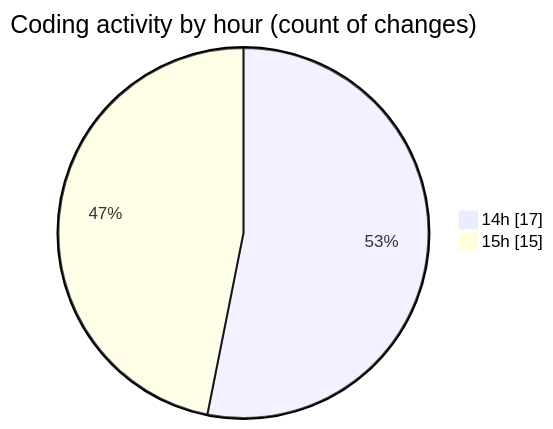
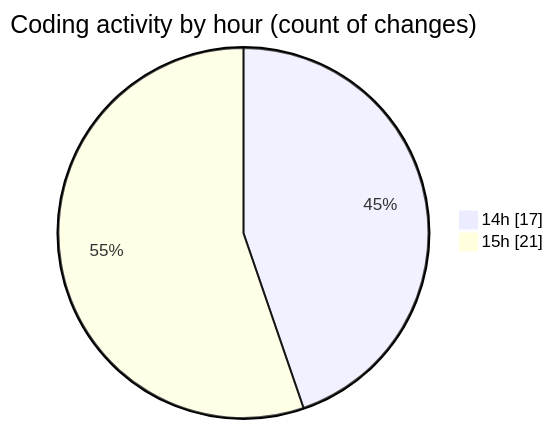
One commit to donsfak/code-tracking changed the second of 2 diagrams in 2025-04-10/trackers_app/README.md. Above: the diagram before and after it, drawn with Mermaid. The commit also changed other lines of this file and 1 other file, not shown here.

````diff
--- a/2025-04-10/trackers_app/README.md
+++ b/2025-04-10/trackers_app/README.md
@@ -40,6 +42,6 @@
 ```mermaid
 pie showData
 title Coding activity by hour (count of changes)
 "14h" : 17
-"15h" : 15
+"15h" : 21
 ```
````
